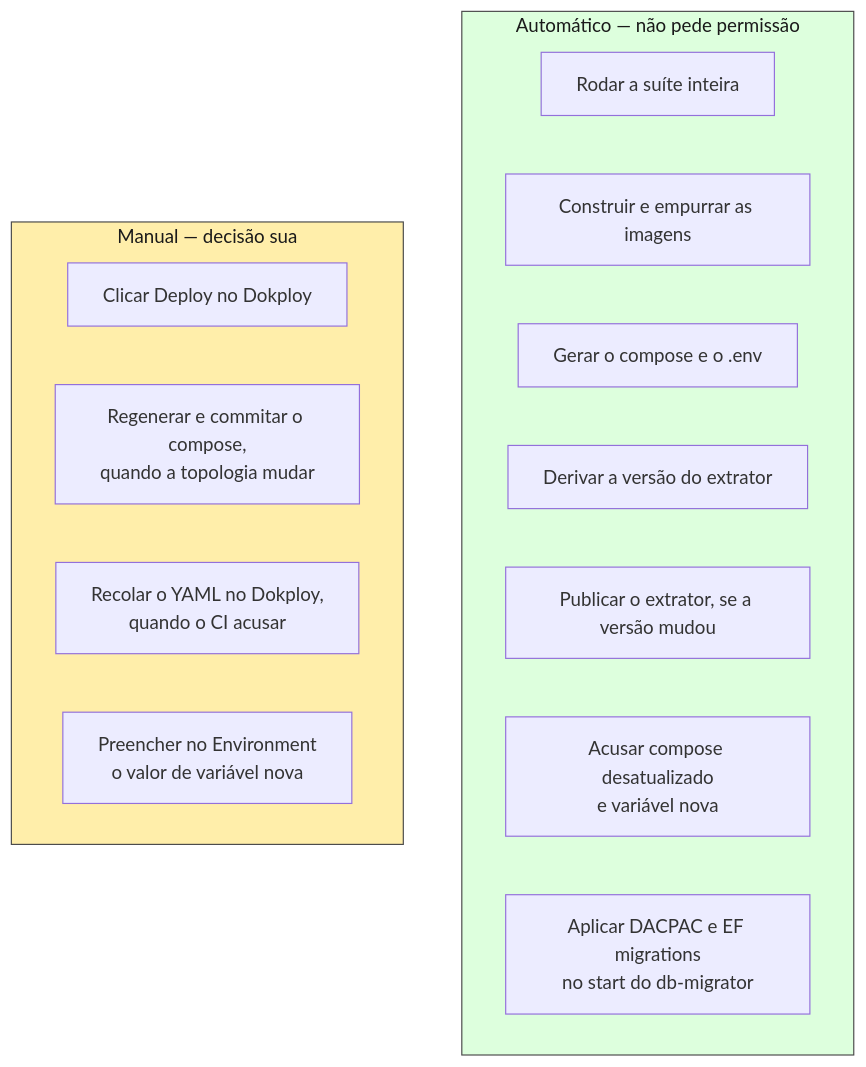
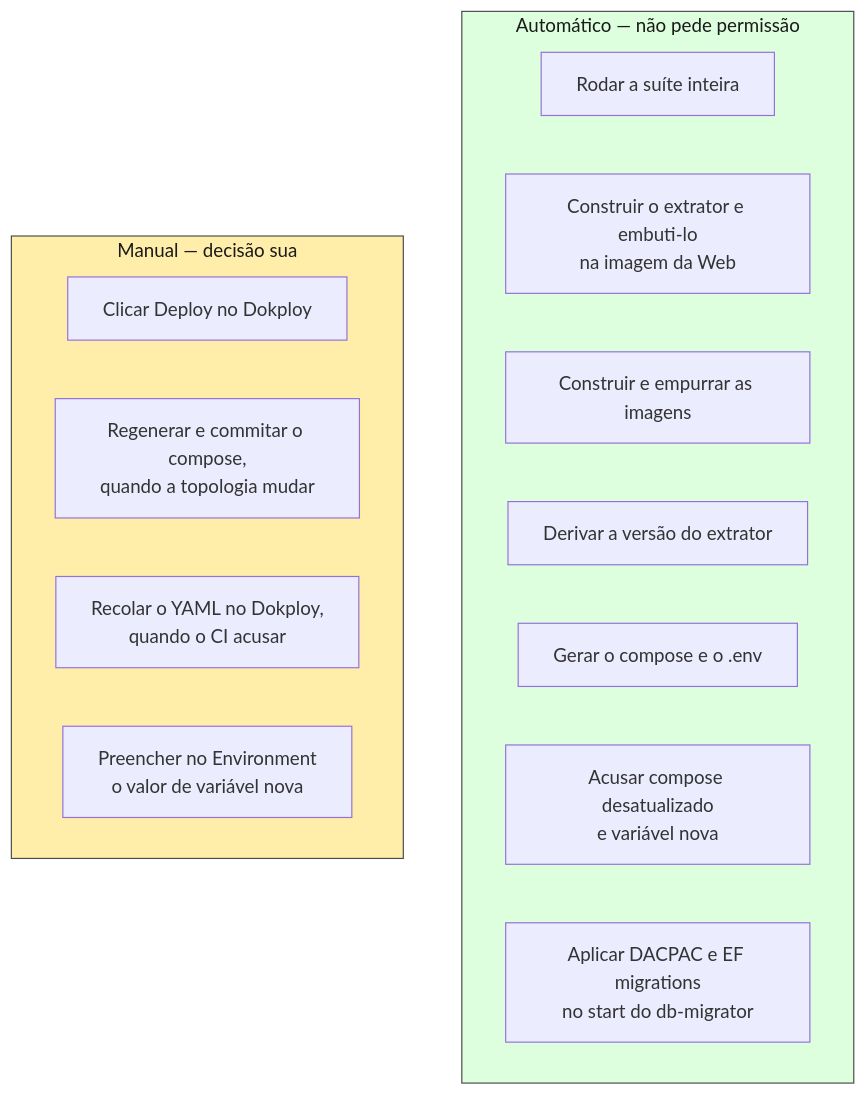
Before and after one commit to procfit/MLDemandForcastPOC: the second of 11 diagrams in Docs/fluxo-de-entrega.md, drawn with Mermaid. The commit also changed other lines of this file and 3 other files, not shown here.

````diff
--- a/Docs/fluxo-de-entrega.md
+++ b/Docs/fluxo-de-entrega.md
@@ -65,22 +52,22 @@
 ```mermaid
 flowchart TB
     subgraph AUTO["Automático — não pede permissão"]
         A1["Rodar a suíte inteira"]
-        A2["Construir e empurrar as imagens"]
-        A3["Gerar o compose e o .env"]
+        A2["Construir o extrator e embuti-lo<br/>na imagem da Web"]
+        A3["Construir e empurrar as imagens"]
         A4["Derivar a versão do extrator"]
-        A5["Publicar o extrator, se a versão mudou"]
+        A5["Gerar o compose e o .env"]
         A6["Acusar compose desatualizado<br/>e variável nova"]
         A7["Aplicar DACPAC e EF migrations<br/>no start do db-migrator"]
     end
 
     subgraph MANUAL["Manual — decisão sua"]
         M1["Clicar Deploy no Dokploy"]
         M2["Regenerar e commitar o compose,<br/>quando a topologia mudar"]
         M3["Recolar o YAML no Dokploy,<br/>quando o CI acusar"]
         M4["Preencher no Environment<br/>o valor de variável nova"]
     end
 
     style AUTO fill:#dfd,stroke:#4a4a4a,color:#1a1a1a
     style MANUAL fill:#fea,stroke:#4a4a4a,color:#1a1a1a
 ```
````
